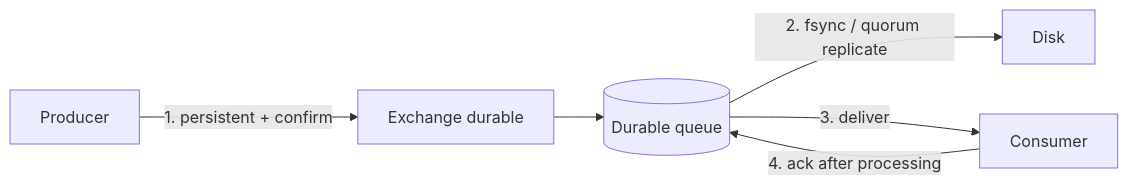
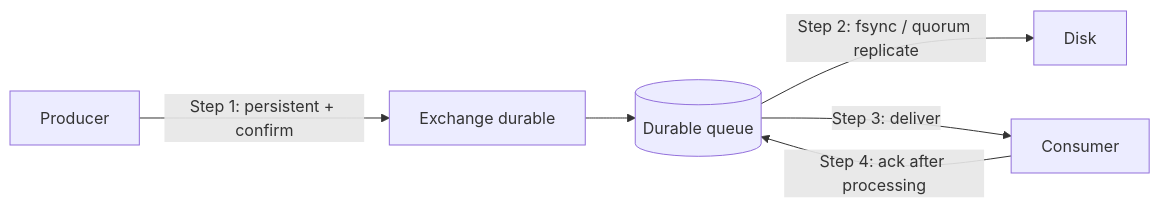
Before and after one commit to saraswatdeepesh19/Interview-Preparation: the diagram in eng/28. Messaging Beyond Kafka/05. Message durability and persistence.md, drawn with Mermaid. The commit also changed 8 other files, not shown here.

First line of the commit message:
Render Mermaid diagrams on the site

````diff
--- a/eng/28. Messaging Beyond Kafka/05. Message durability and persistence.md
+++ b/eng/28. Messaging Beyond Kafka/05. Message durability and persistence.md
@@ -70,8 +70,8 @@
 ```mermaid
 flowchart LR
-    A[Producer] -->|1. persistent + confirm| B[Exchange durable]
+    A[Producer] -->|Step 1: persistent + confirm| B[Exchange durable]
     B --> C[(Durable queue)]
-    C -->|2. fsync / quorum replicate| D[Disk]
-    C -->|3. deliver| E[Consumer]
-    E -->|4. ack after processing| C
+    C -->|Step 2: fsync / quorum replicate| D[Disk]
+    C -->|Step 3: deliver| E[Consumer]
+    E -->|Step 4: ack after processing| C
 ```
````
